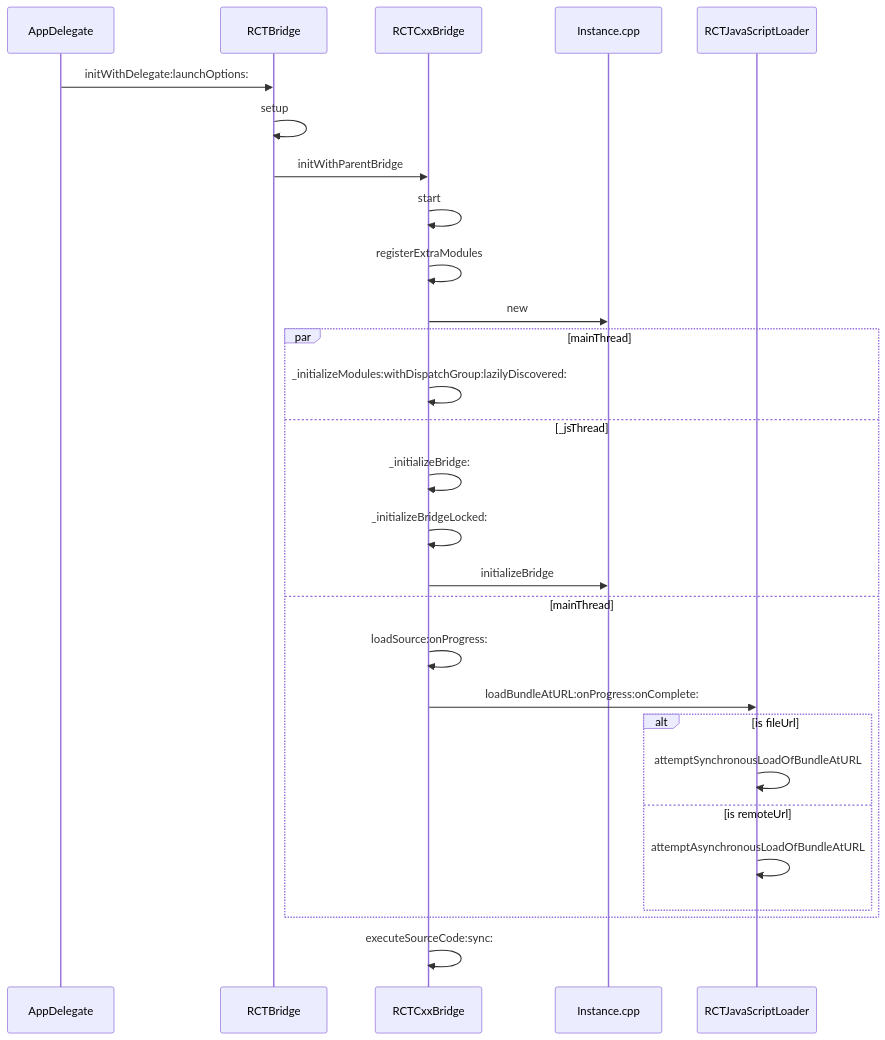
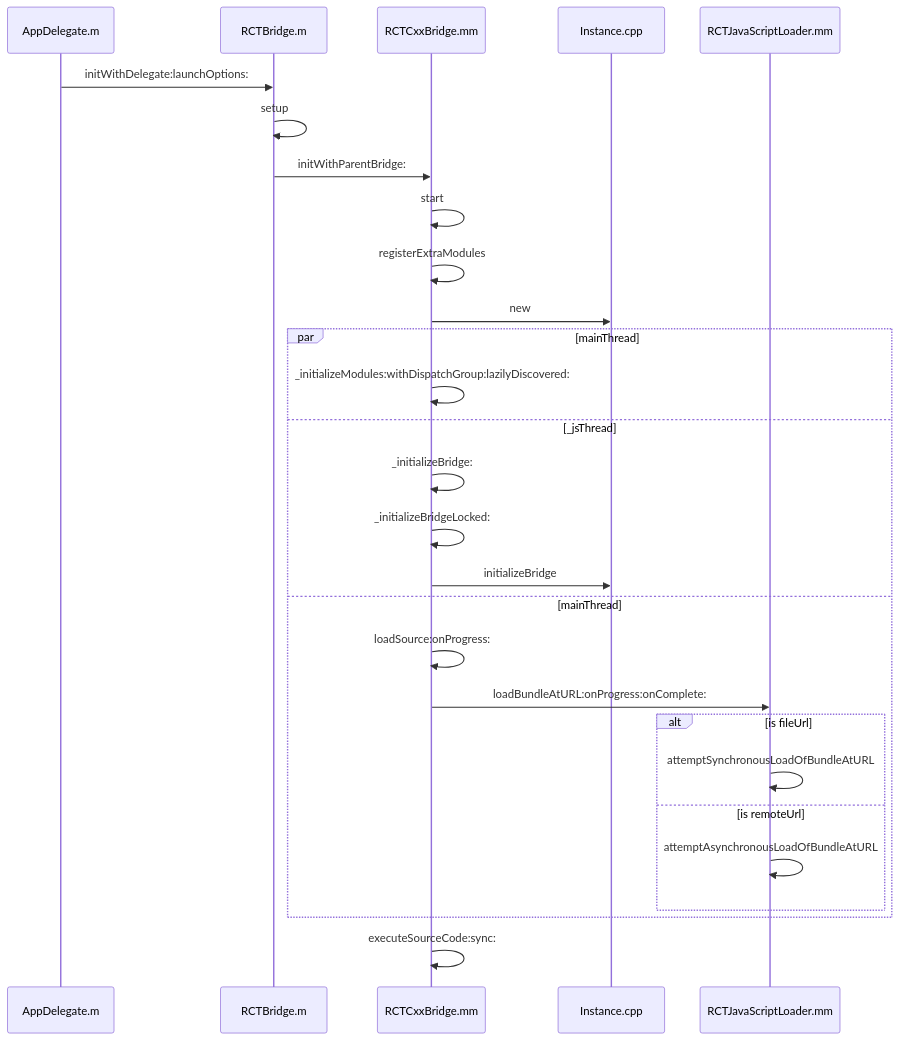
One commit to yianzhou/yianzhou.github.io changed the first of 2 diagrams in _posts/apple/2021-04-26-react.md. Above: the diagram before and after it, drawn with Mermaid. The commit also changed other lines of this file and 2 other files, not shown here.

```diff
--- a/_posts/apple/2021-04-26-react.md
+++ b/_posts/apple/2021-04-26-react.md
@@ -197,30 +203,30 @@
 <div class="mermaid">
 sequenceDiagram
-    participant AppDelegate
-    participant RCTBridge
-    participant RCTCxxBridge
+    participant AppDelegate as AppDelegate.m
+    participant RCTBridge as RCTBridge.m
+    participant RCTCxxBridge as RCTCxxBridge.mm
     participant Instance as Instance.cpp
-    participant RCTJavaScriptLoader
+    participant RCTJavaScriptLoader as RCTJavaScriptLoader.mm
     AppDelegate->>RCTBridge: initWithDelegate:launchOptions:
     RCTBridge->>RCTBridge: setup
-    RCTBridge->>RCTCxxBridge: initWithParentBridge
+    RCTBridge->>RCTCxxBridge: initWithParentBridge:
     RCTCxxBridge->>RCTCxxBridge: start
     RCTCxxBridge->>RCTCxxBridge: registerExtraModules
     RCTCxxBridge->>Instance: new
     par mainThread
     RCTCxxBridge->>RCTCxxBridge: _initializeModules:withDispatchGroup:lazilyDiscovered:
     and _jsThread
     RCTCxxBridge->>RCTCxxBridge: _initializeBridge:
     RCTCxxBridge->>RCTCxxBridge: _initializeBridgeLocked:
     RCTCxxBridge->>Instance: initializeBridge
     and mainThread
     RCTCxxBridge->>RCTCxxBridge: loadSource:onProgress:
     RCTCxxBridge->>RCTJavaScriptLoader: loadBundleAtURL:onProgress:onComplete:
     alt is fileUrl
     RCTJavaScriptLoader->>RCTJavaScriptLoader: attemptSynchronousLoadOfBundleAtURL
     else is remoteUrl
     RCTJavaScriptLoader->>RCTJavaScriptLoader: attemptAsynchronousLoadOfBundleAtURL
     end
     end
     RCTCxxBridge->>RCTCxxBridge: executeSourceCode:sync:
 </div>
```
